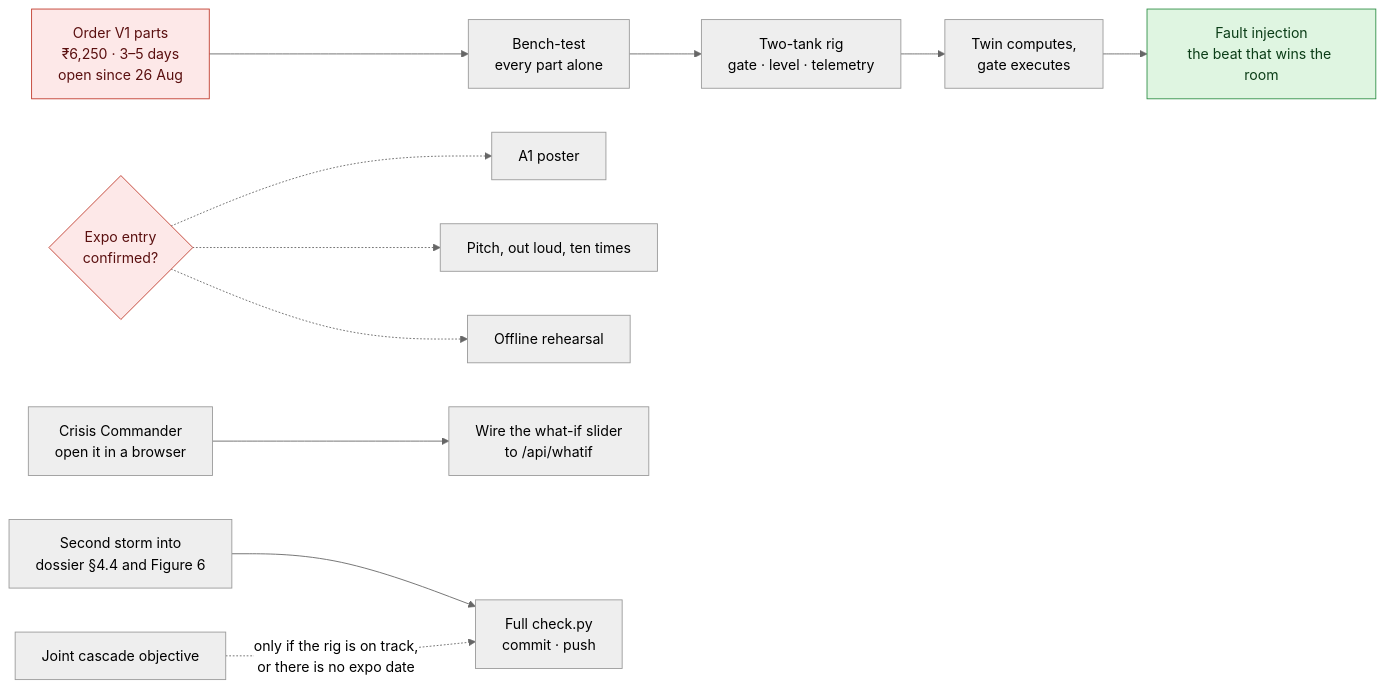
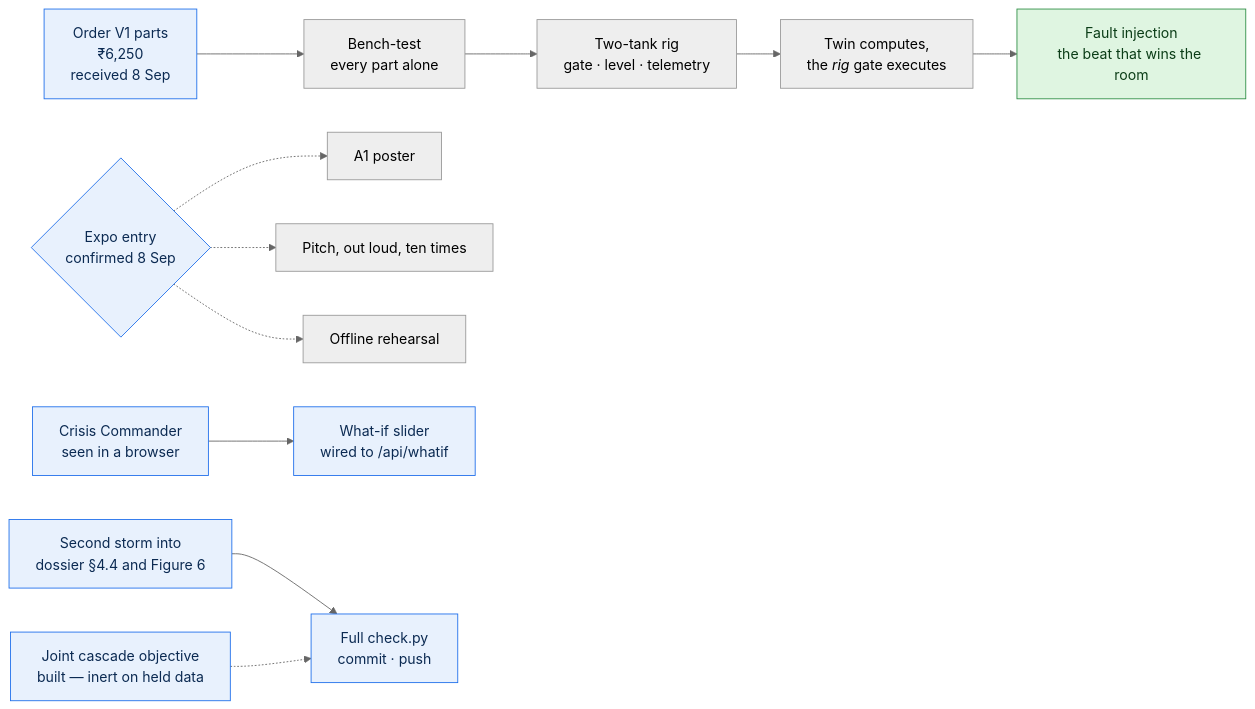
One commit to Am4l-babu/aqua-sync changed the second of 2 diagrams in ROADMAP.md. Above: the diagram before and after it, drawn with Mermaid (neutral theme). The commit also changed other lines of this file and 2 other files, not shown here.

````diff
--- a/ROADMAP.md
+++ b/ROADMAP.md
@@ -49,10 +49,11 @@
 ```mermaid
 flowchart LR
-    order["Order V1 parts<br/>₹6,250 · 3–5 days<br/>open since 26 Aug"]:::blocked --> bench["Bench-test<br/>every part alone"] --> rig["Two-tank rig<br/>gate · level · telemetry"] --> loop["Twin computes,<br/>gate executes"] --> fault["Fault injection<br/>the beat that wins the room"]:::prize
-    expo{"Expo entry<br/>confirmed?"}:::blocked -.-> poster["A1 poster"] & pitch["Pitch, out loud, ten times"] & offline["Offline rehearsal"]
-    cc["Crisis Commander<br/>open it in a browser"] --> whatif["Wire the what-if slider<br/>to /api/whatif"]
-    storm["Second storm into<br/>dossier §4.4 and Figure 6"] --> gate["Full check.py<br/>commit · push"]
-    joint["Joint cascade objective"] -. only if the rig is on track,<br/>or there is no expo date .-> gate
+    order["Order V1 parts<br/>₹6,250<br/>received 8 Sep"]:::done --> bench["Bench-test<br/>every part alone"] --> rig["Two-tank rig<br/>gate · level · telemetry"] --> loop["Twin computes,<br/>the <i>rig</i> gate executes"] --> fault["Fault injection<br/>the beat that wins the room"]:::prize
+    expo{"Expo entry<br/>confirmed 8 Sep"}:::done -.-> poster["A1 poster"] & pitch["Pitch, out loud, ten times"] & offline["Offline rehearsal"]
+    cc["Crisis Commander<br/>seen in a browser"]:::done --> whatif["What-if slider<br/>wired to /api/whatif"]:::done
+    storm["Second storm into<br/>dossier §4.4 and Figure 6"]:::done --> gate["Full check.py<br/>commit · push"]:::done
+    joint["Joint cascade objective<br/>built — inert on held data"]:::done -.-> gate
     classDef blocked fill:#fde8e8,stroke:#c0392b,color:#5a0f0f
     classDef prize fill:#dff5e1,stroke:#2f8f46,color:#0b3d17
+    classDef done fill:#e8f1fd,stroke:#1f6feb,color:#0b2a52
 ```
````
